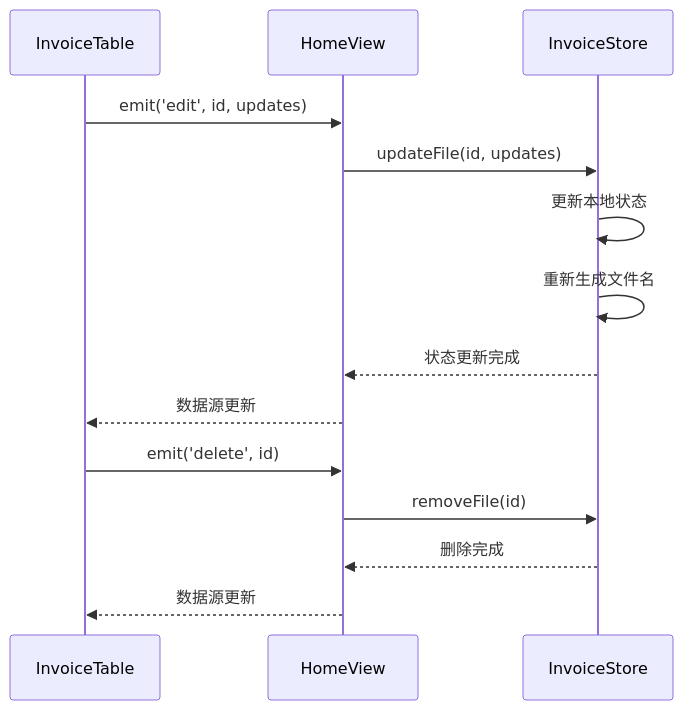
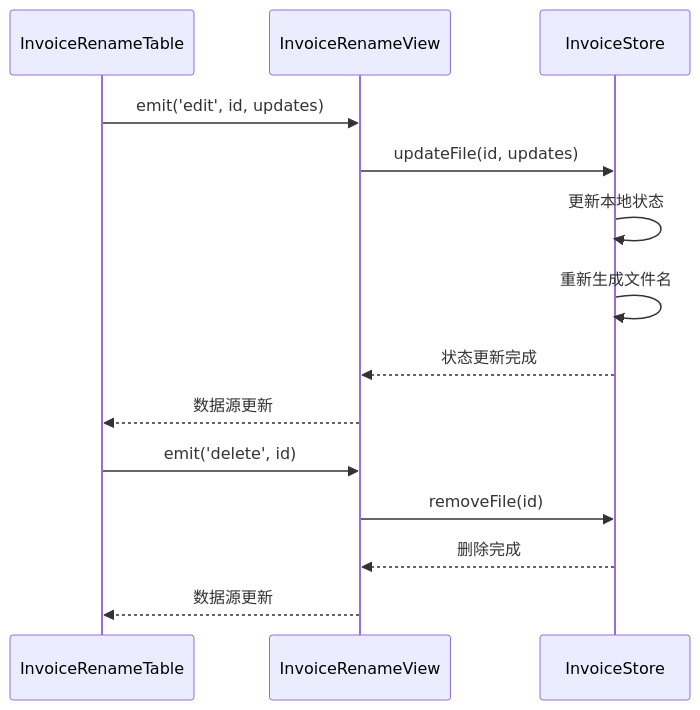
The sixth of 10 diagrams in .qoder/repowiki/zh/content/组件架构设计/发票数据表格组件/发票重命名表格组件.md (dunhuixiao/FinanceTools), drawn with Mermaid before and after one commit. The commit also changed other lines of this file and 4 other files, not shown here.

````diff
--- a/.qoder/repowiki/zh/content/组件架构设计/发票数据表格组件/发票重命名表格组件.md
+++ b/.qoder/repowiki/zh/content/组件架构设计/发票数据表格组件/发票重命名表格组件.md
@@ -350,16 +347,16 @@
 ```mermaid
 sequenceDiagram
-participant Child as InvoiceTable
-participant Parent as HomeView
+participant Child as InvoiceRenameTable
+participant Parent as InvoiceRenameView
 participant Store as InvoiceStore
 Child->>Parent : emit('edit', id, updates)
 Parent->>Store : updateFile(id, updates)
 Store->>Store : 更新本地状态
 Store->>Store : 重新生成文件名
 Store-->>Parent : 状态更新完成
 Parent-->>Child : 数据源更新
 Child->>Parent : emit('delete', id)
 Parent->>Store : removeFile(id)
 Store-->>Parent : 删除完成
 Parent-->>Child : 数据源更新
 ```
````
